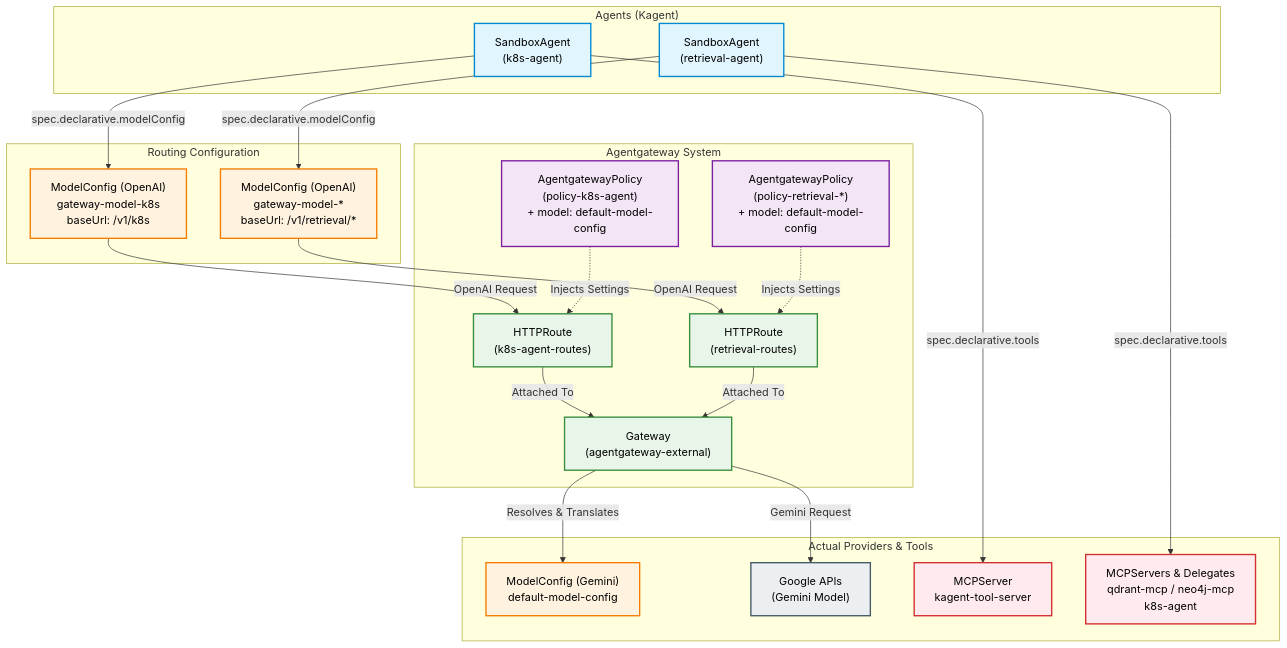
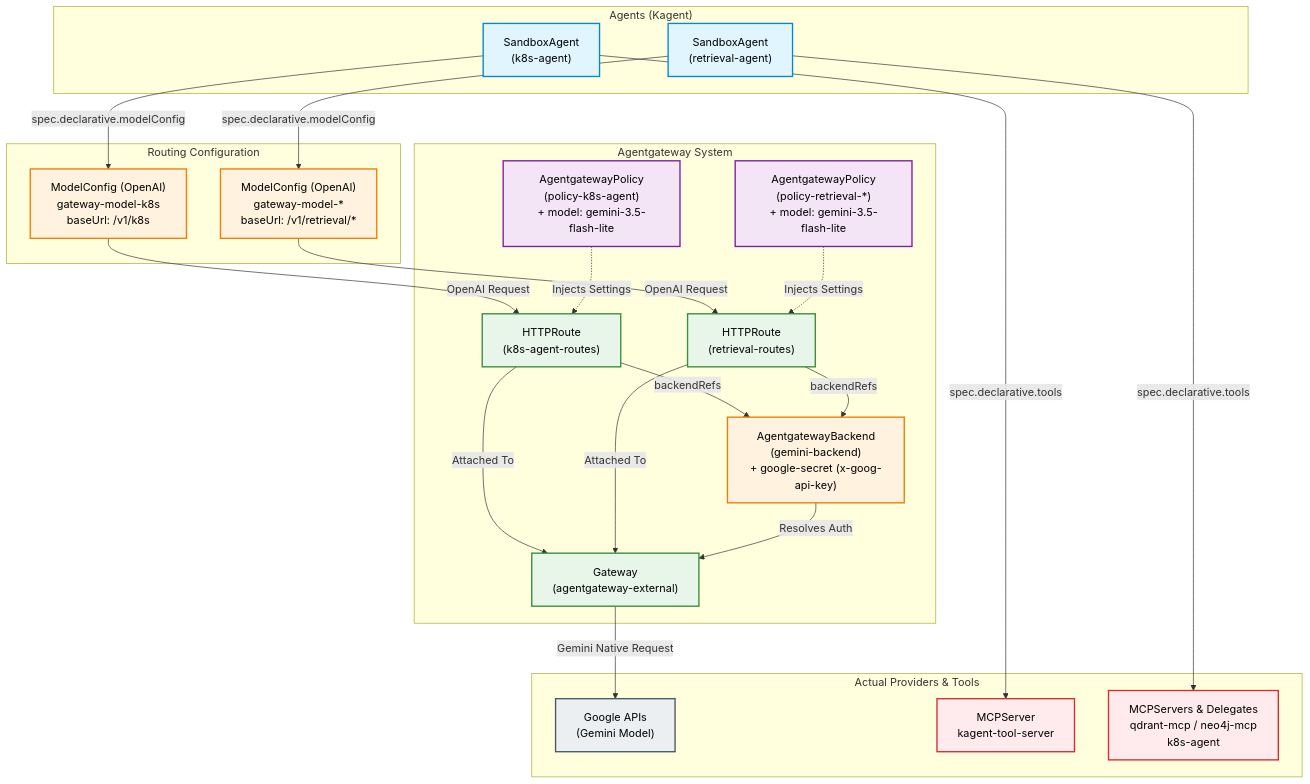
One commit to silhouetteUA/ai-harness changed the diagram in agentgateway-architecture.md. Above: the diagram before and after it, drawn with Mermaid. The commit also changed other lines of this file and 1 other file, not shown here.

Commit message:
docs: finalize decoupled architecture documentation

````diff
--- a/agentgateway-architecture.md
+++ b/agentgateway-architecture.md
@@ -5,61 +5,65 @@
 ```mermaid
 flowchart TD
     %% Define styles
     classDef agent fill:#e1f5fe,stroke:#0288d1,stroke-width:2px,color:#000
     classDef config fill:#fff3e0,stroke:#f57c00,stroke-width:2px,color:#000
     classDef gateway fill:#e8f5e9,stroke:#388e3c,stroke-width:2px,color:#000
     classDef policy fill:#f3e5f5,stroke:#7b1fa2,stroke-width:2px,color:#000
     classDef external fill:#eceff1,stroke:#455a64,stroke-width:2px,color:#000
     classDef tool fill:#ffebee,stroke:#d32f2f,stroke-width:2px,color:#000
 
     %% Agents
     subgraph "Agents (Kagent)"
         K8sAgent["SandboxAgent<br>(k8s-agent)"]:::agent
         RetrievalAgent["SandboxAgent<br>(retrieval-agent)"]:::agent
     end
 
     %% Routing Configs (OpenAI interface)
     subgraph "Routing Configuration"
         GatewayModelK8s["ModelConfig (OpenAI)<br>gateway-model-k8s<br>baseUrl: /v1/k8s"]:::config
         GatewayModelRetrieval["ModelConfig (OpenAI)<br>gateway-model-*<br>baseUrl: /v1/retrieval/*"]:::config
     end
 
     %% Gateway Layer
     subgraph "Agentgateway System"
         Gateway["Gateway<br>(agentgateway-external)"]:::gateway
         
         K8sRoute["HTTPRoute<br>(k8s-agent-routes)"]:::gateway
         RetrievalRoute["HTTPRoute<br>(retrieval-routes)"]:::gateway
         
-        K8sPolicy["AgentgatewayPolicy<br>(policy-k8s-agent)<br>+ model: default-model-config"]:::policy
-        RetrievalPolicy["AgentgatewayPolicy<br>(policy-retrieval-*)<br>+ model: default-model-config"]:::policy
+        K8sPolicy["AgentgatewayPolicy<br>(policy-k8s-agent)<br>+ model: gemini-3.5-flash-lite"]:::policy
+        RetrievalPolicy["AgentgatewayPolicy<br>(policy-retrieval-*)<br>+ model: gemini-3.5-flash-lite"]:::policy
+        
+        GeminiBackend["AgentgatewayBackend<br>(gemini-backend)<br>+ google-secret (x-goog-api-key)"]:::config
     end
 
     %% True Backend Configs
     subgraph "Actual Providers & Tools"
-        DefaultModel["ModelConfig (Gemini)<br>default-model-config"]:::config
         GoogleAPI["Google APIs<br>(Gemini Model)"]:::external
         
         K8sToolServer["MCPServer<br>kagent-tool-server"]:::tool
         RetrievalTools["MCPServers & Delegates<br>qdrant-mcp / neo4j-mcp<br>k8s-agent"]:::tool
     end
 
     %% Connections
     K8sAgent -- "spec.declarative.modelConfig" --> GatewayModelK8s
     RetrievalAgent -- "spec.declarative.modelConfig" --> GatewayModelRetrieval
     
     K8sAgent -- "spec.declarative.tools" --> K8sToolServer
     RetrievalAgent -- "spec.declarative.tools" --> RetrievalTools
 
     GatewayModelK8s -- "OpenAI Request" --> K8sRoute
     GatewayModelRetrieval -- "OpenAI Request" --> RetrievalRoute
 
     K8sRoute -- "Attached To" --> Gateway
     RetrievalRoute -- "Attached To" --> Gateway
     
+    K8sRoute -- "backendRefs" --> GeminiBackend
+    RetrievalRoute -- "backendRefs" --> GeminiBackend
+    
     K8sPolicy -. "Injects Settings" .-> K8sRoute
     RetrievalPolicy -. "Injects Settings" .-> RetrievalRoute
 
-    Gateway -- "Resolves & Translates" --> DefaultModel
-    Gateway -- "Gemini Request" --> GoogleAPI
+    GeminiBackend -- "Resolves Auth" --> Gateway
+    Gateway -- "Gemini Native Request" --> GoogleAPI
 ```
````
